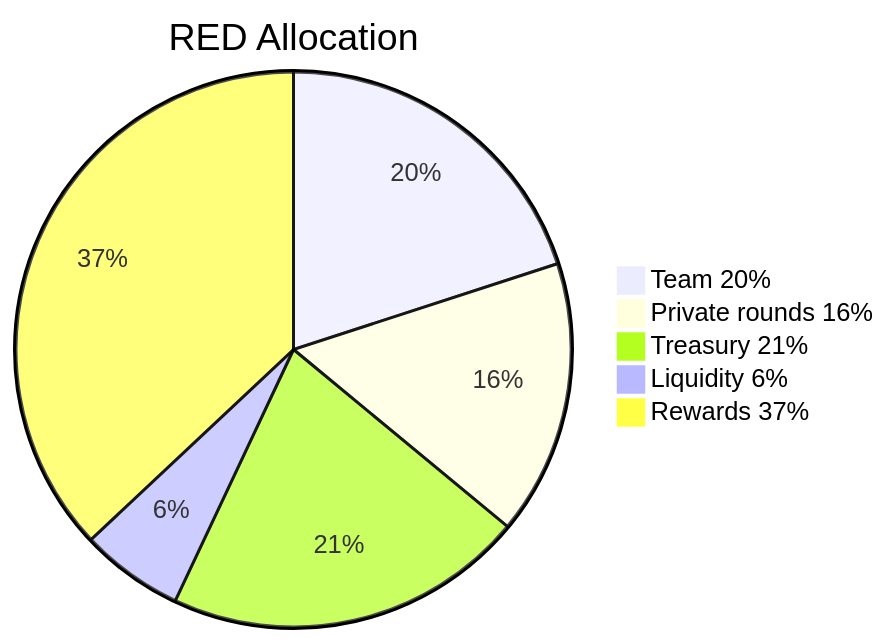
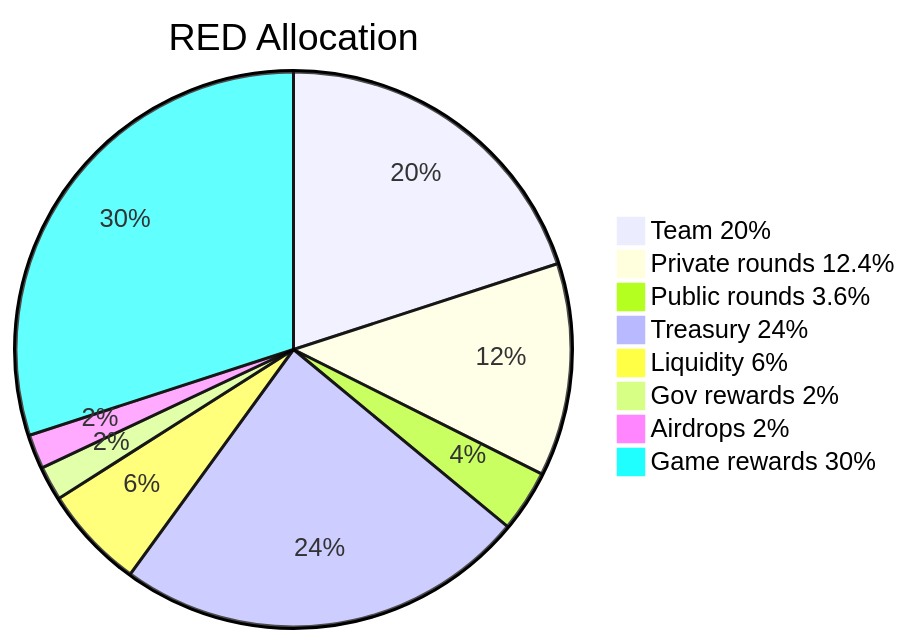
One commit to LoeizD/redline-docs changed the diagram in REDAllocation.md. Above: the diagram before and after it, drawn with Mermaid. The commit also changed other lines of this file and 4 other files, not shown here.

````diff
--- a/REDAllocation.md
+++ b/REDAllocation.md
@@ -20,8 +21,11 @@
 ```mermaid
 pie title RED Allocation
 "Team 20%" : 20
-"Private rounds 16%" : 16
-"Treasury 21%" : 21
-"Liquidity 6% " : 6
-"Rewards 37%" : 37
+"Private rounds 12.4%" : 12.4
+"Public rounds 3.6%": 3.6
+"Treasury 24%" : 24
+"Liquidity 6%" : 6
+"Gov rewards 2%" : 2
+"Airdrops 2%" : 2
+"Game rewards 30%" : 30
 ```
````
